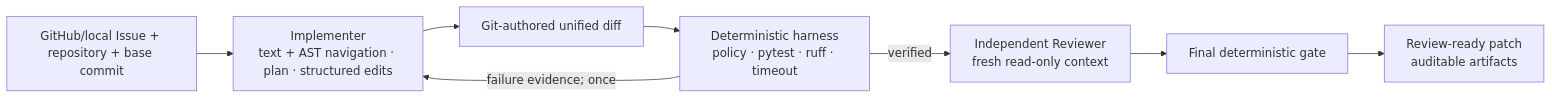
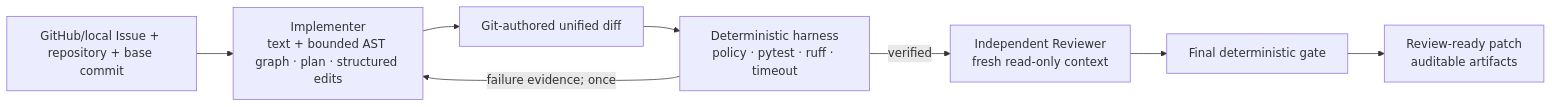
One commit to Suxingyeme1/prguard changed the diagram in README.md. Above: the diagram before and after it, drawn with Mermaid. The commit also changed other lines of this file and 25 other files, not shown here.

Commit message:
feat: add bounded call graph inspection

````diff
--- a/README.md
+++ b/README.md
@@ -16,10 +16,10 @@
 ```mermaid
 flowchart LR
-    I["GitHub/local Issue + repository + base commit"] --> A["Implementer<br/>text + AST navigation · plan · structured edits"]
+    I["GitHub/local Issue + repository + base commit"] --> A["Implementer<br/>text + bounded AST graph · plan · structured edits"]
     A --> P["Git-authored unified diff"]
     P --> H["Deterministic harness<br/>policy · pytest · ruff · timeout"]
     H -->|"failure evidence; once"| A
     H -->|"verified"| R["Independent Reviewer<br/>fresh read-only context"]
     R --> G["Final deterministic gate"]
     G --> O["Review-ready patch<br/>auditable artifacts"]
 ```
````
